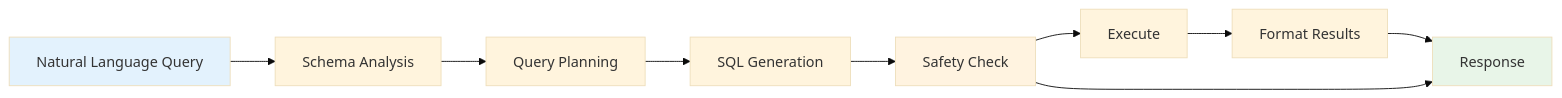
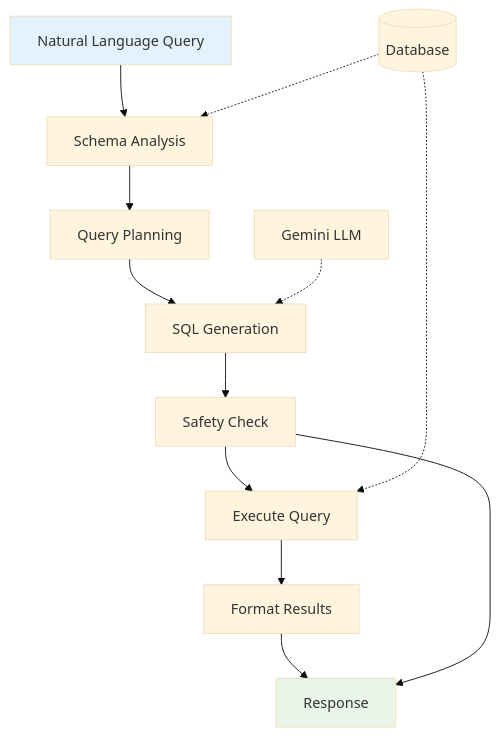
One commit to keo571/netquery changed the diagram in README.md. Above: the diagram before and after it, drawn with Mermaid (base theme).

Commit message:
Create clean top-down flowchart with database schema
- Change to top-down (TD) layout for better vertical reading
- Show Database providing schema to Schema Analysis step
- Show Database used again for Execute Query step
- Include Gemini LLM connection to SQL Generation
- Keep clean, minimal design without clutter
- Show error path from Safety Check to Response
- Essential components visible without overwhelming detail

🤖 Generated with [Claude Code](https://claude.ai/code)

````diff
--- a/README.md
+++ b/README.md
@@ -7,16 +7,20 @@
 ```mermaid
-flowchart LR
+flowchart TD
     A[Natural Language Query] --> B[Schema Analysis]
     B --> C[Query Planning]
     C --> D[SQL Generation]
     D --> E[Safety Check]
-    E --> F[Execute]
+    E --> F[Execute Query]
     F --> G[Format Results]
+    G --> H[Response]
     
-    G --> H[Response]
+    DB[(Database)] -.-> B
+    DB -.-> F
+    LLM[Gemini LLM] -.-> D
+    
     E --> H
     
     style A fill:#e3f2fd
     style H fill:#e8f5e8
     style E fill:#fff3e0
 ```
````
